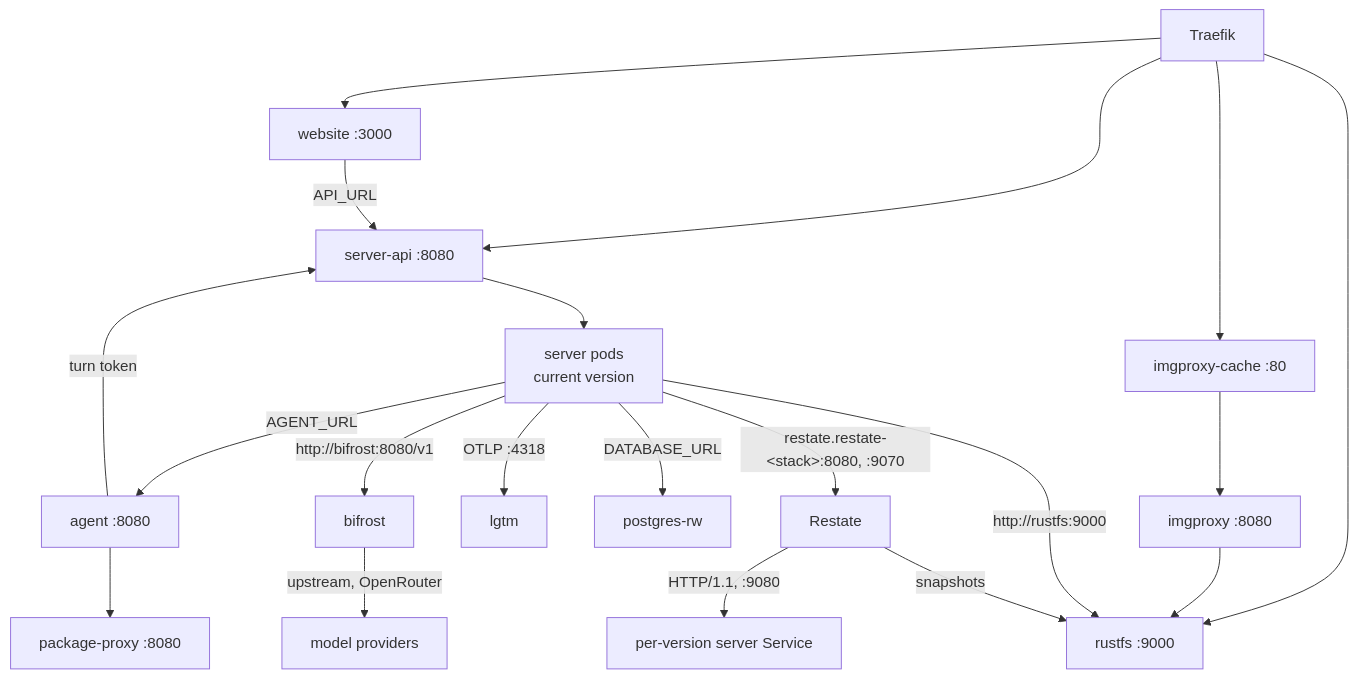
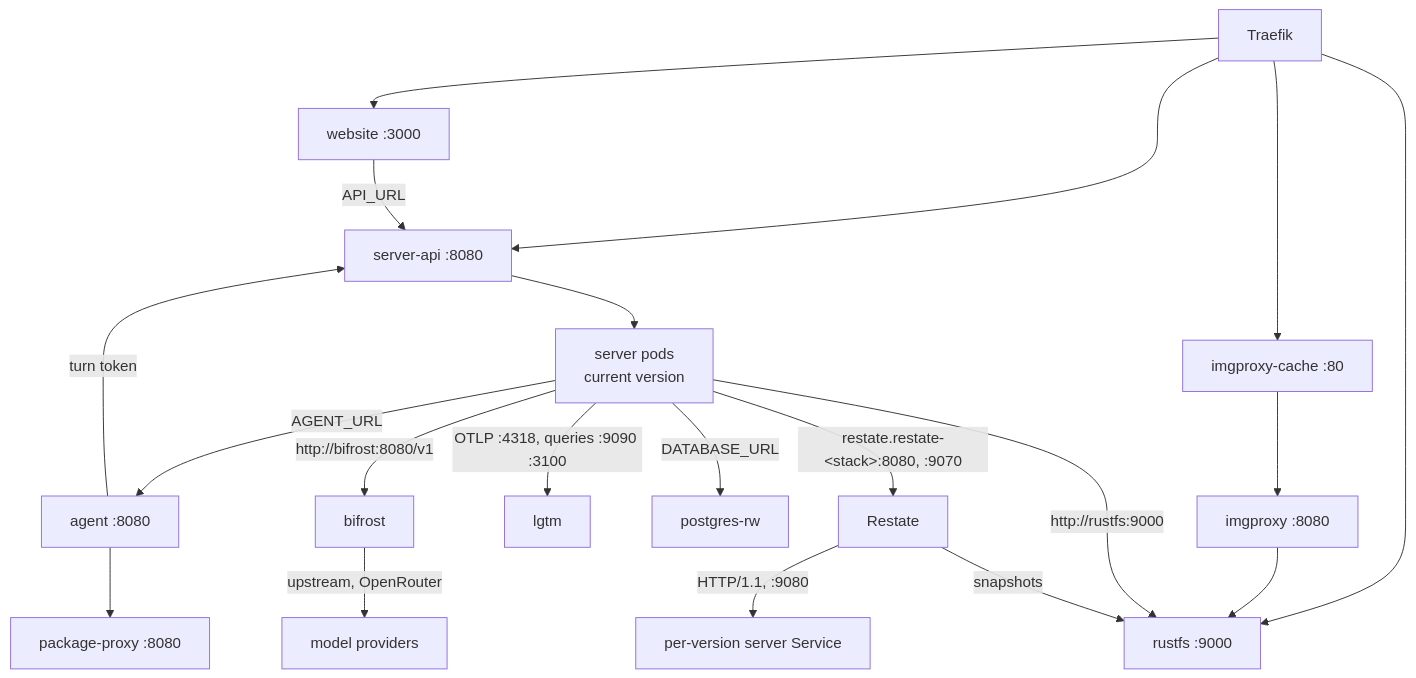
One commit to shopnexus/docs changed the second of 3 diagrams in web/src/content/docs/en/operations/cluster/networking.mdx. Above: the diagram before and after it, drawn with Mermaid. The commit also changed other lines of this file and 6 other files, not shown here.

````diff
--- a/web/src/content/docs/en/operations/cluster/networking.mdx
+++ b/web/src/content/docs/en/operations/cluster/networking.mdx
@@ -112,21 +112,21 @@
 ```mermaid title="Calls inside a stack"
 flowchart TB
   T["Traefik"] --> W["website :3000"]
   T --> SA["server-api :8080"]
   T --> RF["rustfs :9000"]
   T --> IC["imgproxy-cache :80"]
   IC --> IP["imgproxy :8080"] --> RF
   W -->|"API_URL"| SA
   SA --> S1["server pods<br/>current version"]
   S1 -->|"AGENT_URL"| AG["agent :8080"]
   AG -->|"turn token"| SA
   AG --> PP["package-proxy :8080"]
-  S1 -->|"OTLP :4318"| LG["lgtm"]
+  S1 -->|"OTLP :4318, queries :9090 :3100"| LG["lgtm"]
   S1 -->|"DATABASE_URL"| PG["postgres-rw"]
   S1 -->|"http://rustfs:9000"| RF
   S1 -->|"http://bifrost:8080/v1"| LL["bifrost"]
   LL -->|"upstream, OpenRouter"| EXT["model providers"]
   S1 -->|"restate.restate-#lt;stack#gt;:8080, :9070"| R["Restate"]
   R -->|"HTTP/1.1, :9080"| SV["per-version server Service"]
   R -->|"snapshots"| RF
 ```
````
